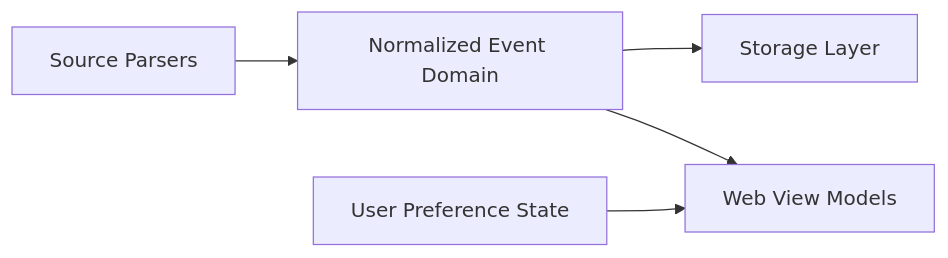
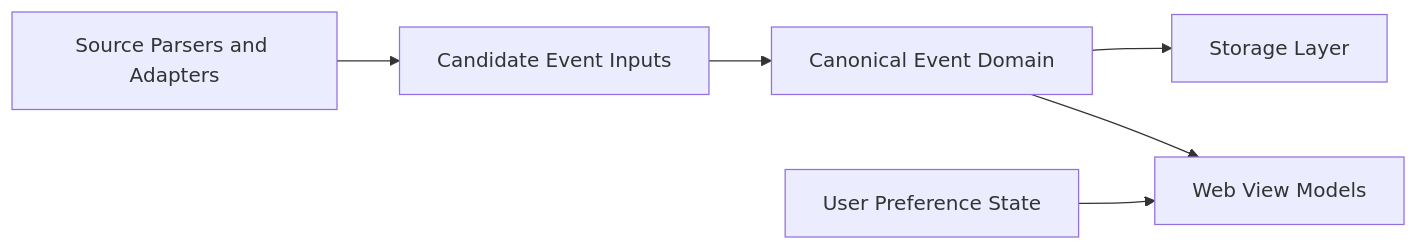
One commit to igramberg/events changed the first of 2 diagrams in docs/t2-domain-model.md. Above: the diagram before and after it, drawn with Mermaid. The commit also changed other lines of this file and 1 other file, not shown here.

Commit message:
Lock T2 identity design and architecture doc

````diff
--- a/docs/t2-domain-model.md
+++ b/docs/t2-domain-model.md
@@ -206,7 +285,8 @@
 ```mermaid
 flowchart LR
-    A[Source Parsers] --> B[Normalized Event Domain]
-    B --> C[Storage Layer]
-    B --> D[Web View Models]
-    E[User Preference State] --> D
+    A[Source Parsers and Adapters] --> B[Candidate Event Inputs]
+    B --> C[Canonical Event Domain]
+    C --> D[Storage Layer]
+    C --> E[Web View Models]
+    F[User Preference State] --> E
 ```
````
